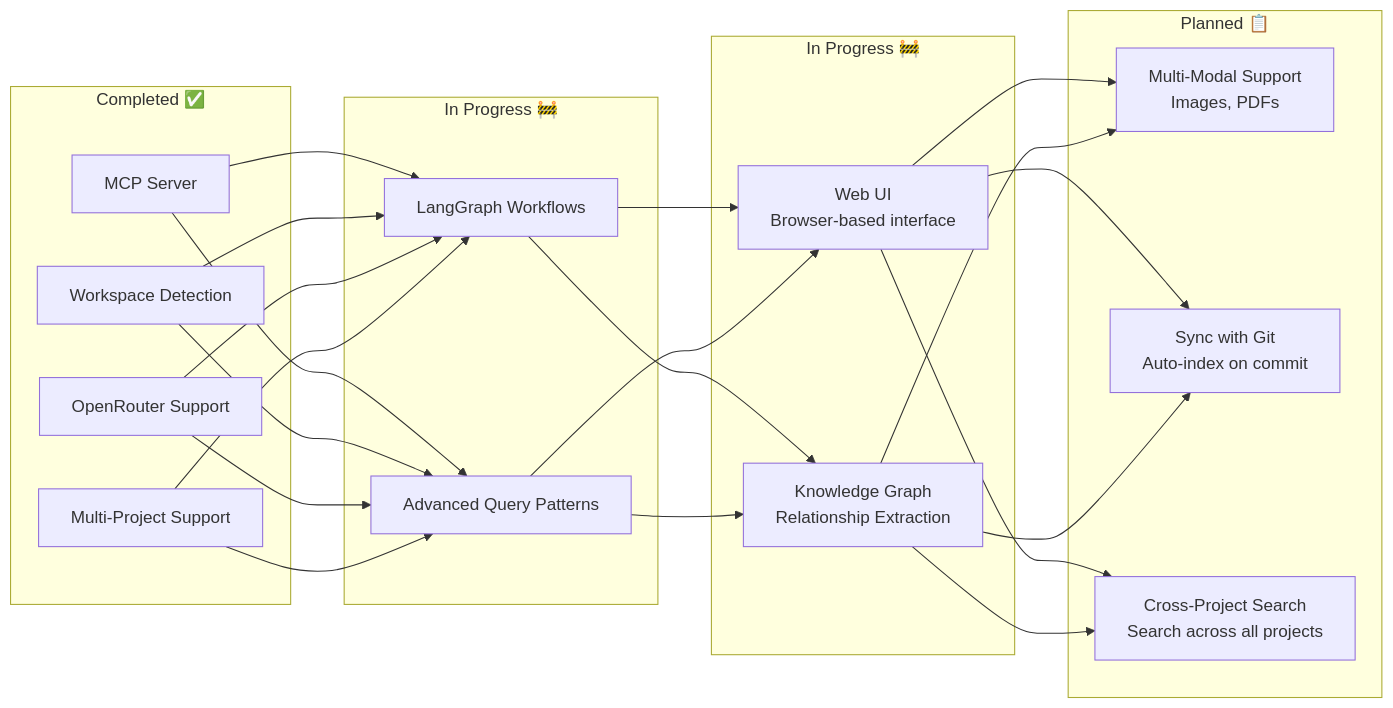
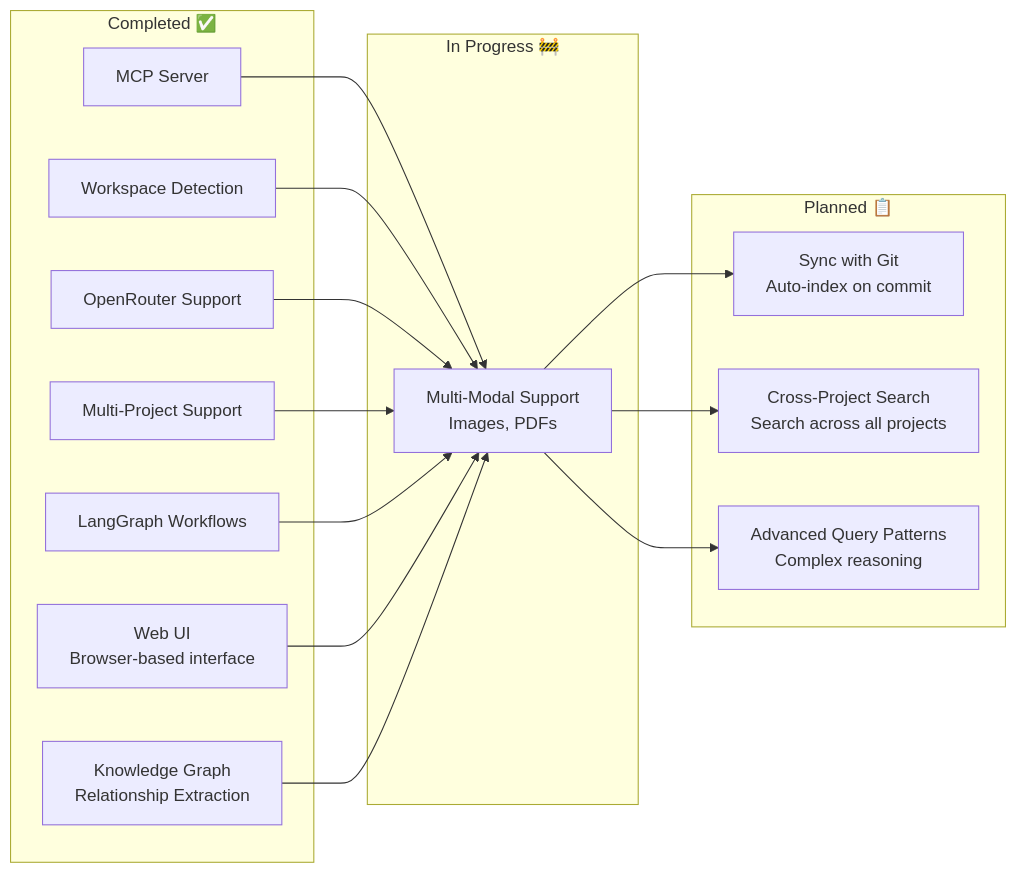
Before and after one commit to ewheels44/Mimir: diagram 15 of 15 in BLOG_POST.md, drawn with Mermaid. The commit also changed other lines of this file and 10 other files, not shown here.

First line of the commit message:
Fix knowledge graph: node details, duplicates, connections, and relationship accumulation

````diff
--- a/BLOG_POST.md
+++ b/BLOG_POST.md
@@ -982,29 +1112,25 @@
 ```mermaid
 flowchart LR
     subgraph "Completed ✅"
         C1[MCP Server]
         C2[Workspace Detection]
         C3[OpenRouter Support]
         C4[Multi-Project Support]
+        C5[LangGraph Workflows]
+        C6[Web UI<br/>Browser-based interface]
+        C7[Knowledge Graph<br/>Relationship Extraction]
     end
     
     subgraph "In Progress 🚧"
-        P1[LangGraph Workflows]
-        P2[Advanced Query Patterns]
-    end
-    
-    subgraph "In Progress 🚧"
-        IP1[Web UI<br/>Browser-based interface]
-        IP2[Knowledge Graph<br/>Relationship Extraction]
+        P1[Multi-Modal Support<br/>Images, PDFs]
     end
     
     subgraph "Planned 📋"
-        PL1[Multi-Modal Support<br/>Images, PDFs]
-        PL2[Sync with Git<br/>Auto-index on commit]
-        PL3[Cross-Project Search<br/>Search across all projects]
+        PL1[Sync with Git<br/>Auto-index on commit]
+        PL2[Cross-Project Search<br/>Search across all projects]
+        PL3[Advanced Query Patterns<br/>Complex reasoning]
     end
     
-    C1 & C2 & C3 & C4 --> P1 & P2
-    P1 & P2 --> IP1 & IP2
-    IP1 & IP2 --> PL1 & PL2 & PL3
+    C1 & C2 & C3 & C4 & C5 & C6 & C7 --> P1
+    P1 --> PL1 & PL2 & PL3
 ```
````
